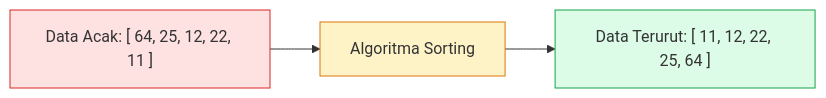
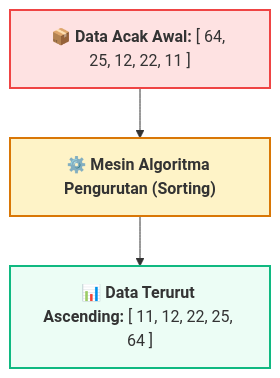
Before and after one commit to mahendaruui/Perkuliahan: the first of 2 diagrams in docs/algoritma-pemrograman/algoritma-pengurutan.md, drawn with Mermaid. The commit also changed other lines of this file and 12 other files, not shown here.

````diff
--- a/docs/algoritma-pemrograman/algoritma-pengurutan.md
+++ b/docs/algoritma-pemrograman/algoritma-pengurutan.md
@@ -15,8 +18,10 @@
 ```mermaid
-graph LR
-    Acak["Data Acak: [ 64, 25, 12, 22, 11 ]"] --> Sorting[Algoritma Sorting]
-    Sorting --> Urut["Data Terurut: [ 11, 12, 22, 25, 64 ]"]
-    style Acak fill:#fee2e2,stroke:#dc2626
-    style Sorting fill:#fef3c7,stroke:#d97706
-    style Urut fill:#dcfce7,stroke:#16a34a
+flowchart TD
+    Acak["📦 <b>Data Acak Awal:</b> [ 64, 25, 12, 22, 11 ]"]
+    --> SortEngine["⚙️ <b>Mesin Algoritma Pengurutan (Sorting)</b>"]
+    --> Urut["📊 <b>Data Terurut Ascending:</b> [ 11, 12, 22, 25, 64 ]"]
+
+    style Acak fill:#fee2e2,stroke:#ef4444,stroke-width:2px
+    style SortEngine fill:#fef3c7,stroke:#d97706,stroke-width:2px
+    style Urut fill:#ecfdf5,stroke:#10b981,stroke-width:2px
 ```
````
